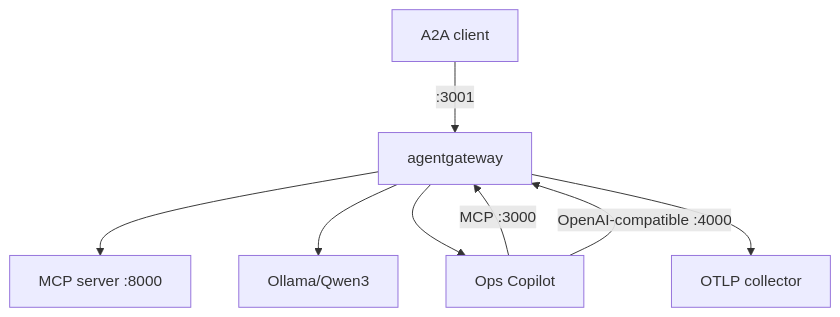
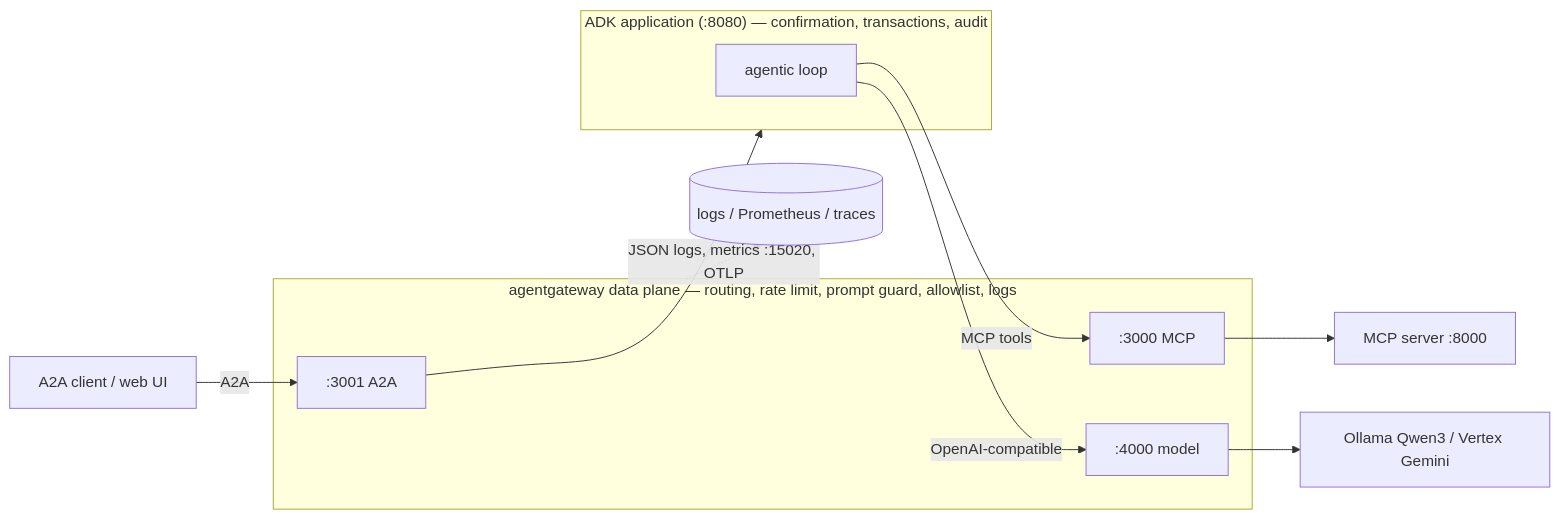
One commit to MLOps-Courses/agentops-open-course changed the first of 2 diagrams in docs/5. Gateway/5.0. Gateway.md. Above: the diagram before and after it, drawn with Mermaid. The commit also changed other lines of this file and 139 other files, not shown here.

````diff
--- a/docs/5. Gateway/5.0. Gateway.md
+++ b/docs/5. Gateway/5.0. Gateway.md
@@ -11,10 +13,18 @@
 ```mermaid
-flowchart TD
-    Client[A2A client] -->|:3001| Gateway[agentgateway]
-    Agent[Ops Copilot] -->|MCP :3000| Gateway
-    Agent -->|OpenAI-compatible :4000| Gateway
-    Gateway --> MCP[MCP server :8000]
-    Gateway --> Ollama[Ollama/Qwen3]
-    Gateway --> Agent
-    Gateway --> OTel[OTLP collector]
+flowchart LR
+    Client[A2A client / web UI] -->|A2A| L3001
+    subgraph GW["agentgateway data plane — routing, rate limit, prompt guard, allowlist, logs"]
+        L3001[":3001 A2A"]
+        L3000[":3000 MCP"]
+        L4000[":4000 model"]
+    end
+    L3001 --> ADK
+    subgraph ADK["ADK application (:8080) — confirmation, transactions, audit"]
+        Loop[agentic loop]
+    end
+    Loop -->|MCP tools| L3000
+    Loop -->|OpenAI-compatible| L4000
+    L3000 --> MCP[MCP server :8000]
+    L4000 --> Model[Ollama Qwen3 / Vertex Gemini]
+    GW -. JSON logs, metrics :15020, OTLP .-> Obs[(logs / Prometheus / traces)]
 ```
````
